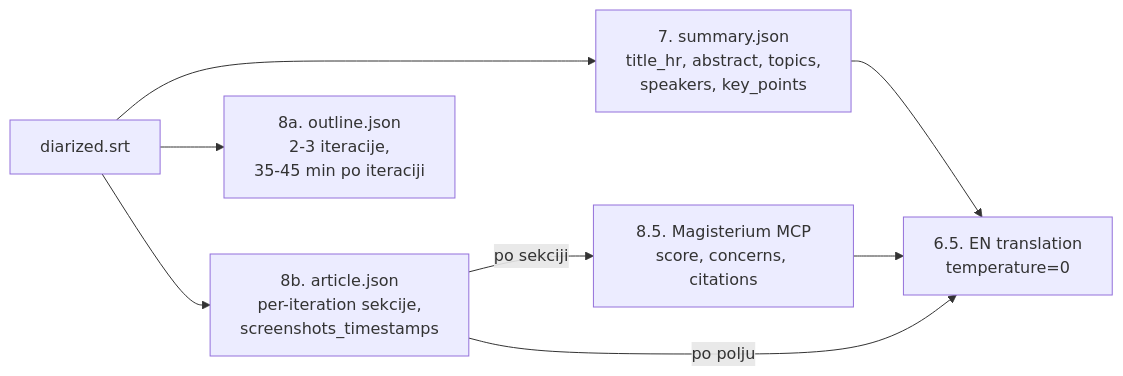
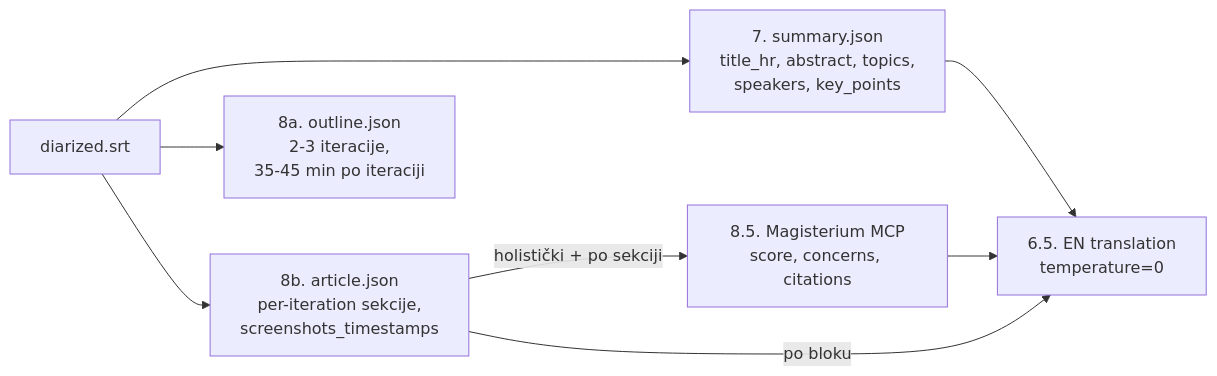
Before and after one commit to domovinatv/fetch.domovina.tv: the sixth of 11 diagrams in docs/PIPELINE.md, drawn with Mermaid. The commit also changed other lines of this file and 6 other files, not shown here.

First line of the commit message:
docs(pipeline): mermaid dijagrami usklađeni sa stanjem od 24.10.

````diff
--- a/docs/PIPELINE.md
+++ b/docs/PIPELINE.md
@@ -260,10 +287,10 @@
 ```mermaid
 flowchart LR
     A[diarized.srt] --> B[7. summary.json<br/>title_hr, abstract, topics,<br/>speakers, key_points]
     A --> C[8a. outline.json<br/>2-3 iteracije,<br/>35-45 min po iteraciji]
     A --> D[8b. article.json<br/>per-iteration sekcije,<br/>screenshots_timestamps]
-    D -->|po sekciji| E[8.5. Magisterium MCP<br/>score, concerns, citations]
-    D -->|po polju| F[6.5. EN translation<br/>temperature=0]
+    D -->|holistički + po sekciji| E[8.5. Magisterium MCP<br/>score, concerns, citations]
+    D -->|po bloku| F[6.5. EN translation<br/>temperature=0]
     B --> F
     E --> F
 ```
````
